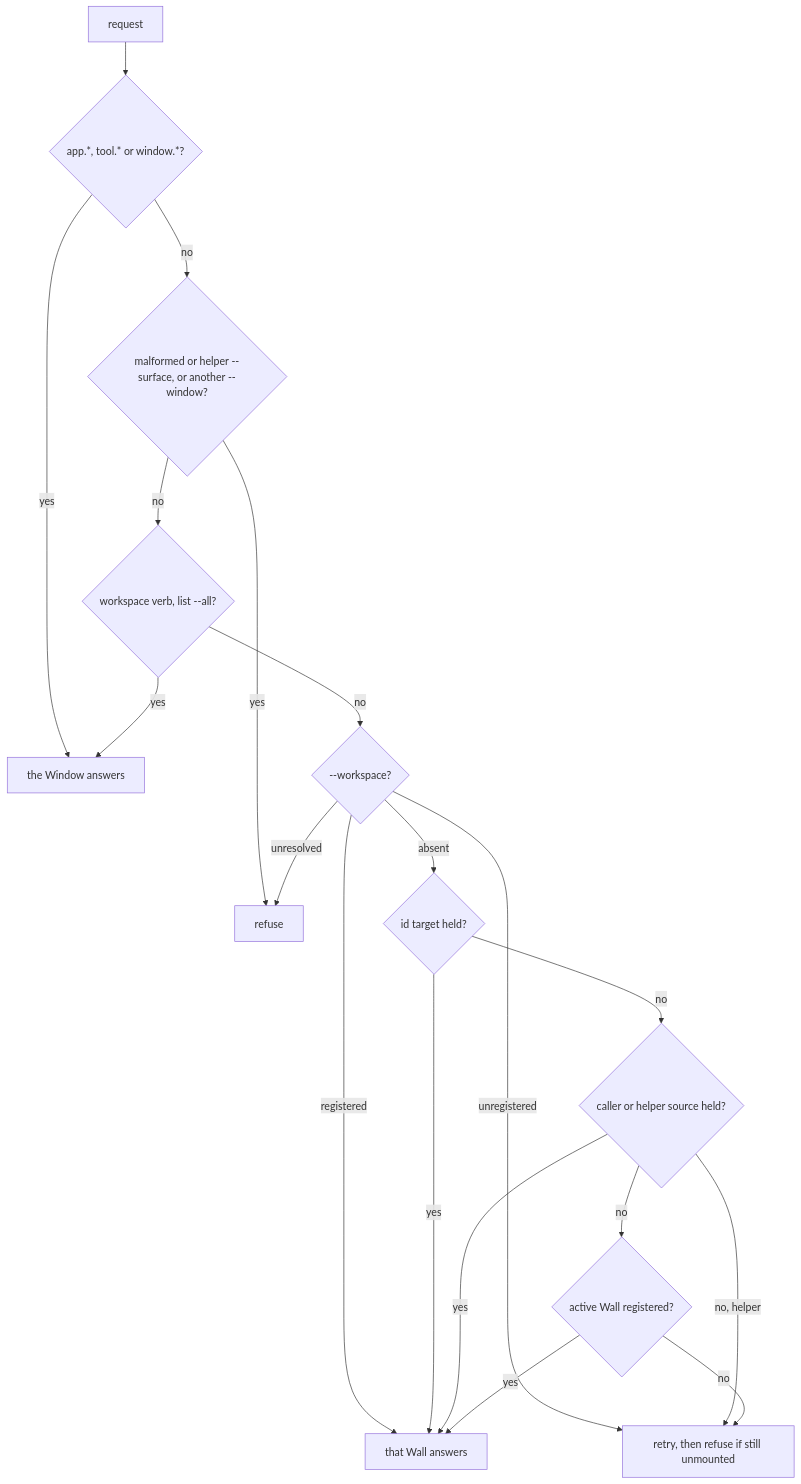
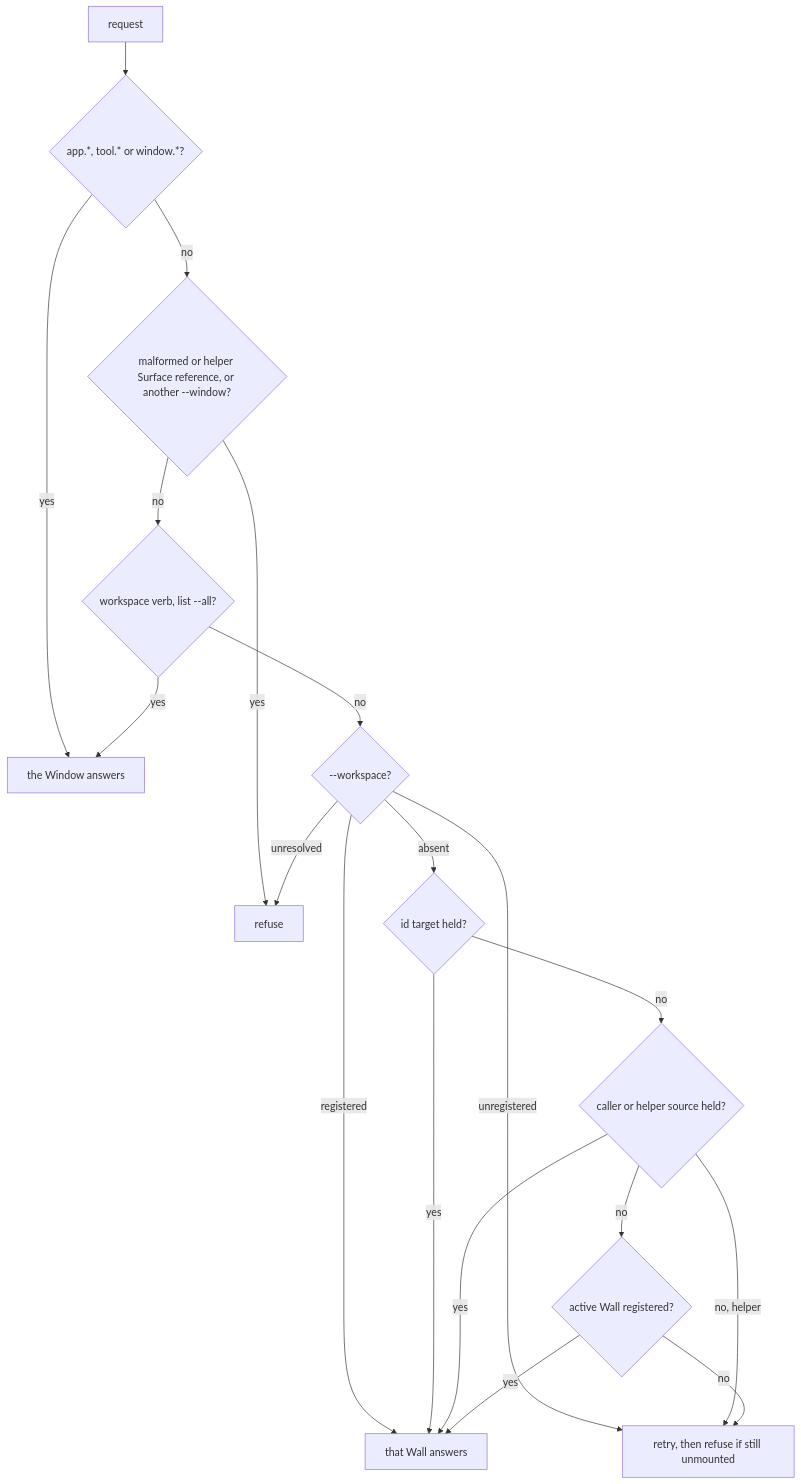
Before and after one commit to diffplug/dormouse: the second of 2 diagrams in docs/specs/dor-cli.md, drawn with Mermaid. The commit also changed other lines of this file and 30 other files, not shown here.

````diff
--- a/docs/specs/dor-cli.md
+++ b/docs/specs/dor-cli.md
@@ -151,21 +151,21 @@
 ```mermaid
 flowchart TD
   R[request] --> AT{app.*, tool.* or window.*?}
   AT -- yes --> WIN[the Window answers]
-  AT -- no --> BAD{malformed or helper --surface, or another --window?}
+  AT -- no --> BAD{malformed or helper Surface reference, or another --window?}
   BAD -- yes --> REF[refuse]
   BAD -- no --> C{workspace verb, list --all?}
   C -- yes --> WIN
   C -- no --> WS{--workspace?}
   WS -- unresolved --> REF
   WS -- registered --> H[that Wall answers]
   WS -- unregistered --> P["retry, then refuse if still unmounted"]
   WS -- absent --> ST{id target held?}
   ST -- yes --> H
   ST -- no --> CA{caller or helper source held?}
   CA -- yes --> H
   CA -- no, helper --> P
   CA -- no --> AC{active Wall registered?}
   AC -- yes --> H
   AC -- no --> P
 ```
````
